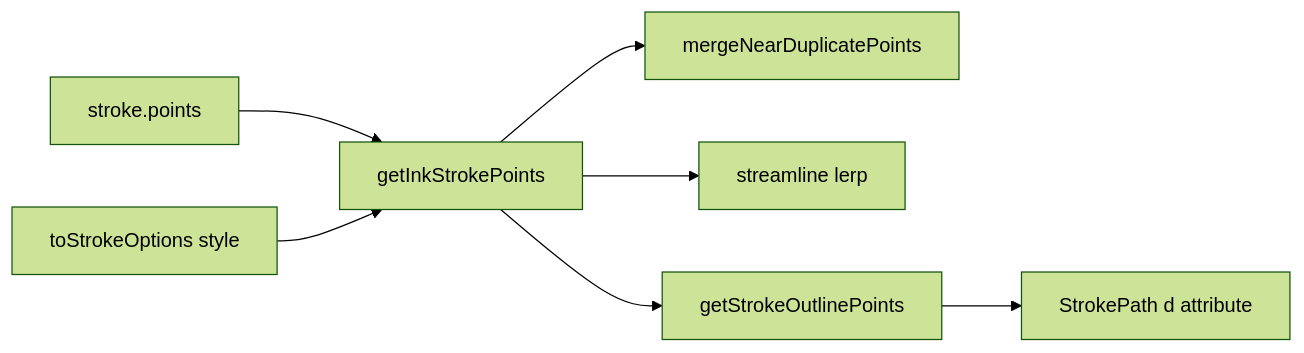
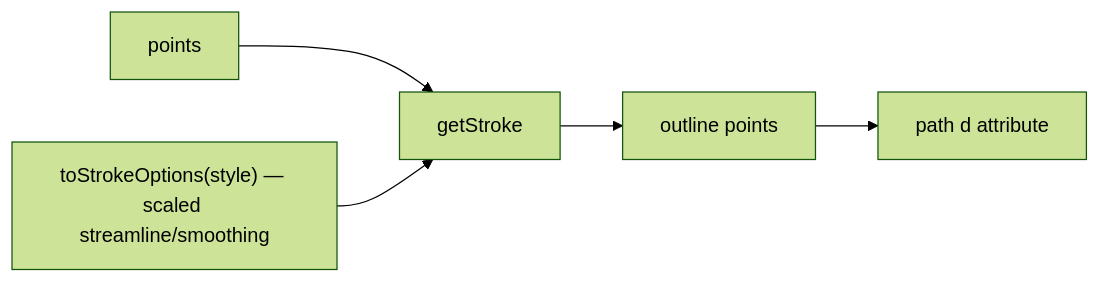
The third of 3 diagrams in docs/ink-canvas-zoom-scaled-strokes.md (daledesilva/obsidian_ink), drawn with Mermaid (forest theme) before and after one commit. The commit also changed other lines of this file and 9 other files, not shown here.

````diff
--- a/docs/ink-canvas-zoom-scaled-strokes.md
+++ b/docs/ink-canvas-zoom-scaled-strokes.md
@@ -87,9 +84,7 @@
 ```mermaid
 flowchart LR
-  P[stroke.points] --> GIP[getInkStrokePoints]
-  Opt[toStrokeOptions style] --> GIP
-  GIP --> Merge[mergeNearDuplicatePoints]
-  GIP --> Stream[streamline lerp]
-  GIP --> Out[getStrokeOutlinePoints]
-  Out --> SVG[StrokePath d attribute]
+  P[points] --> GS["getStroke"]
+  Opt["toStrokeOptions(style) — scaled streamline/smoothing"] --> GS
+  GS --> Out[outline points]
+  Out --> SVG[path d attribute]
 ```
````
